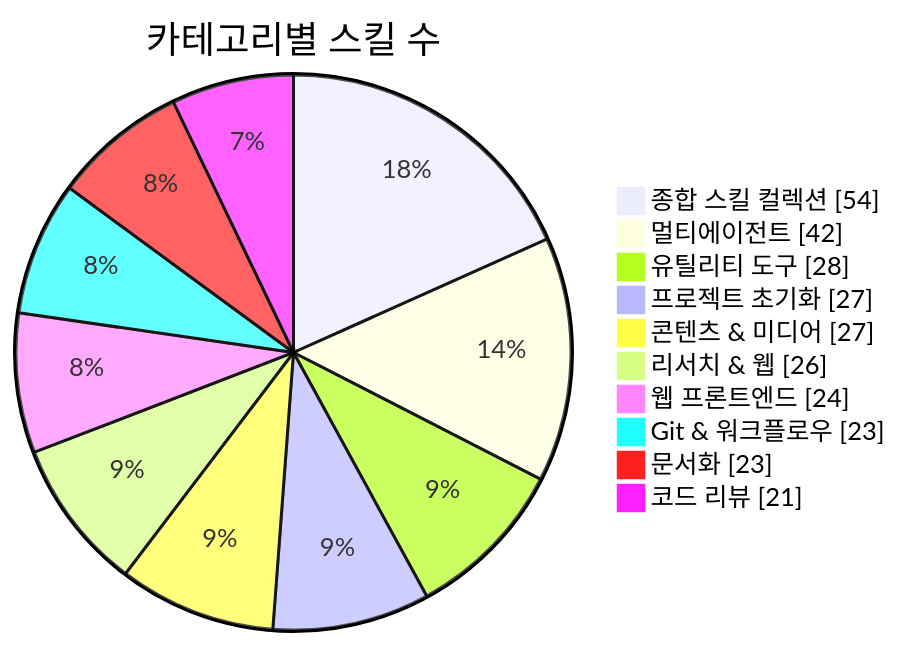
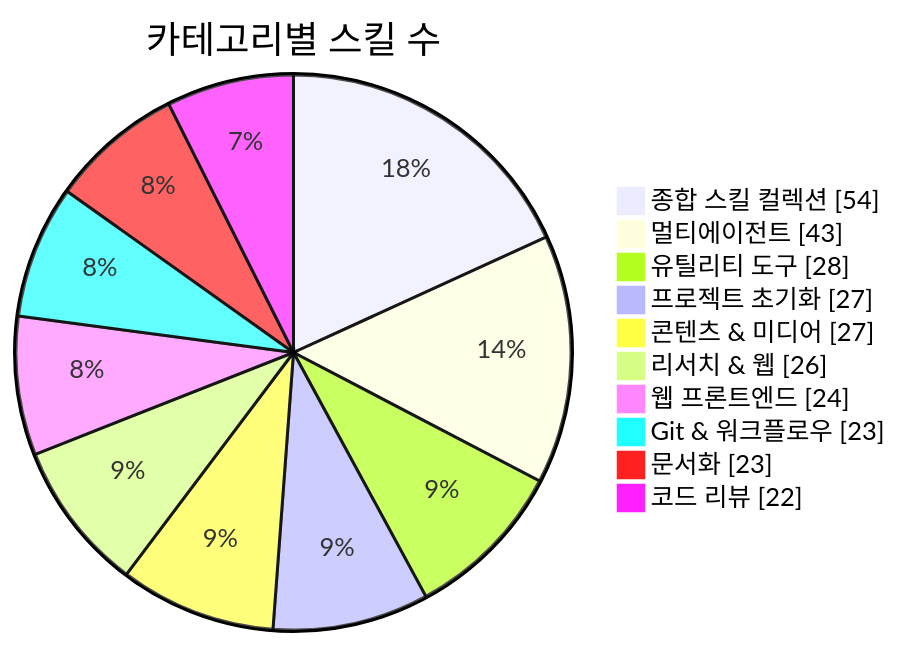
The first of 3 diagrams in README.md (J-nowcow/awesome-korean-agent-skills), drawn with Mermaid before and after one commit. The commit also changed other lines of this file and 5 other files, not shown here.

````diff
--- a/README.md
+++ b/README.md
@@ -176,14 +176,14 @@
 ```mermaid
 pie showData
     title 카테고리별 스킬 수
     "종합 스킬 컬렉션" : 54
-    "멀티에이전트" : 42
+    "멀티에이전트" : 43
     "유틸리티 도구" : 28
     "프로젝트 초기화" : 27
     "콘텐츠 & 미디어" : 27
     "리서치 & 웹" : 26
     "웹 프론트엔드" : 24
     "Git & 워크플로우" : 23
     "문서화" : 23
-    "코드 리뷰" : 21
+    "코드 리뷰" : 22
 ```
````
